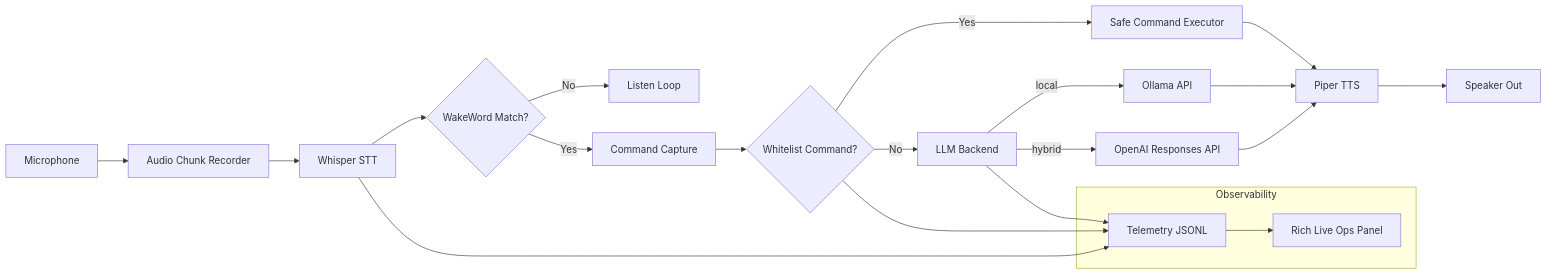
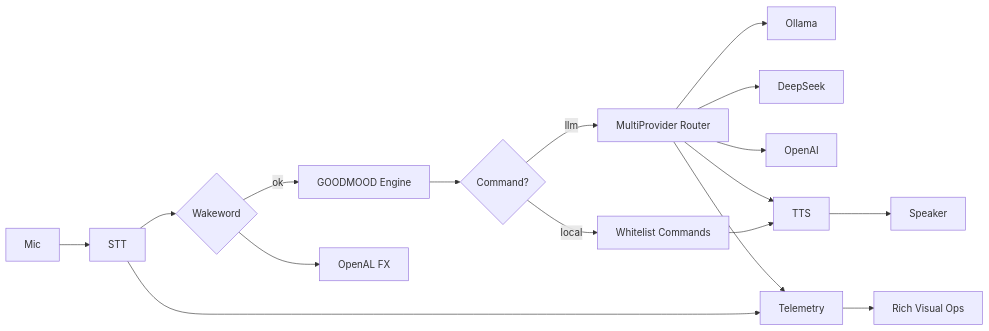
One commit to redcs-cyber/.github changed the diagram in jarvis/README.md. Above: the diagram before and after it, drawn with Mermaid. The commit also changed other lines of this file and 10 other files, not shown here.

Commit message:
Add Ironman mood engine and multi-provider DeepSeek/Ollama/OpenAI routing

````diff
--- a/jarvis/README.md
+++ b/jarvis/README.md
@@ -19,27 +34,19 @@
 ```mermaid
 flowchart LR
-  Mic[Microphone] --> Chunker[Audio Chunk Recorder]
-  Chunker --> STT[Whisper STT]
-  STT --> Wake{WakeWord Match?}
-  Wake -- No --> Idle[Listen Loop]
-  Wake -- Yes --> Capture[Command Capture]
-  Capture --> Router{Whitelist Command?}
-  Router -- Yes --> Exec[Safe Command Executor]
-  Router -- No --> Brain[LLM Backend]
-  Brain -->|local| Ollama[Ollama API]
-  Brain -->|hybrid| OpenAI[OpenAI Responses API]
-  Exec --> TTS[Piper TTS]
-  Ollama --> TTS
-  OpenAI --> TTS
-  TTS --> Speaker[Speaker Out]
-
-  subgraph Observability
-    Telemetry[Telemetry JSONL]
-    Visual[Rich Live Ops Panel]
-  end
-
+  Mic --> STT
+  STT --> Wake{Wakeword}
+  Wake -->|ok| Mood[GOODMOOD Engine]
+  Mood --> Route{Command?}
+  Route -->|local| Cmd[Whitelist Commands]
+  Route -->|llm| Brain[MultiProvider Router]
+  Brain --> Ollama
+  Brain --> DeepSeek
+  Brain --> OpenAI
+  Cmd --> TTS
+  Brain --> TTS
+  Wake --> FX[OpenAL FX]
+  TTS --> Speaker
   STT --> Telemetry
-  Router --> Telemetry
   Brain --> Telemetry
-  Telemetry --> Visual
+  Telemetry --> Ops[Rich Visual Ops]
 ```
````
